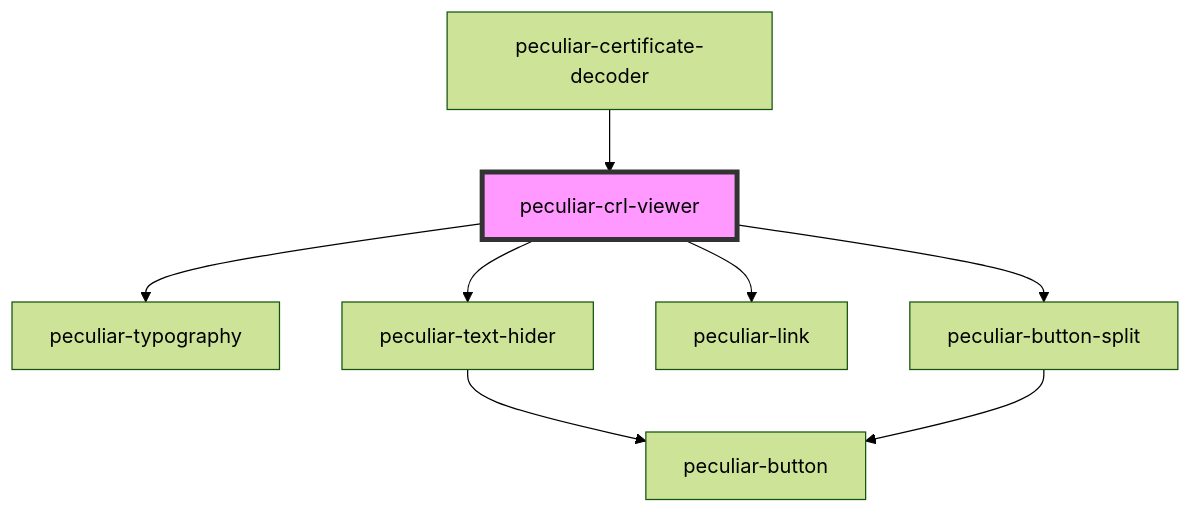
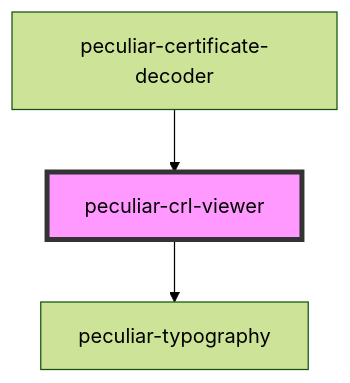
One commit to PeculiarVentures/pv-certificates-viewer changed the diagram in packages/webcomponents/src/components/crl-viewer/readme.md. Above: the diagram before and after it, drawn with Mermaid (forest theme). The commit also changed other lines of this file and 76 other files, not shown here.

````diff
--- a/packages/webcomponents/src/components/crl-viewer/readme.md
+++ b/packages/webcomponents/src/components/crl-viewer/readme.md
@@ -34,11 +31,6 @@
 ```mermaid
 graph TD;
   peculiar-crl-viewer --> peculiar-typography
-  peculiar-crl-viewer --> peculiar-text-hider
-  peculiar-crl-viewer --> peculiar-link
-  peculiar-crl-viewer --> peculiar-button-split
-  peculiar-text-hider --> peculiar-button
-  peculiar-button-split --> peculiar-button
   peculiar-certificate-decoder --> peculiar-crl-viewer
   style peculiar-crl-viewer fill:#f9f,stroke:#333,stroke-width:4px
 ```
````
